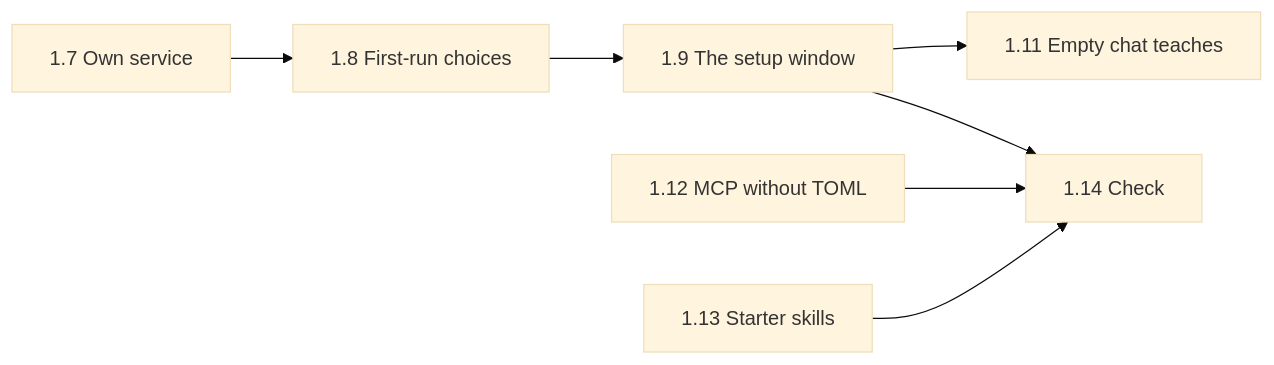
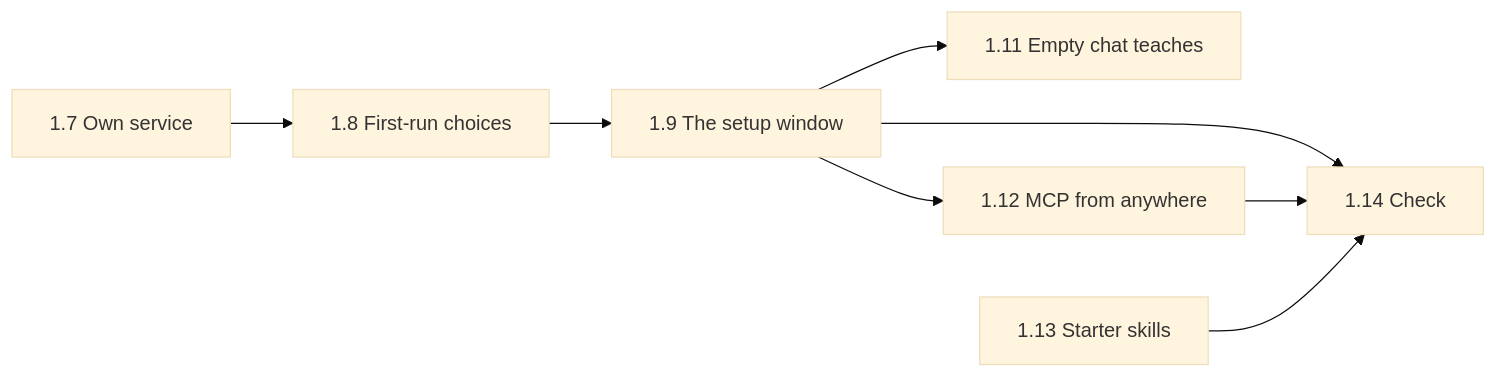
The second of 7 diagrams in docs/plan.md (MilanPavel/golem), drawn with Mermaid (base theme) before and after one commit. The commit also changed other lines of this file, not shown here.

Commit message:
docs: new mcp plan (#492)

````diff
--- a/docs/plan.md
+++ b/docs/plan.md
@@ -120,8 +120,8 @@
 ```mermaid
 flowchart LR
   s7[1.7 Own service] --> s8[1.8 First-run choices]
   s8 --> s9[1.9 The setup window] --> s14[1.14 Check]
   s9 --> s11[1.11 Empty chat teaches]
-  s12[1.12 MCP without TOML] --> s14
+  s9 --> s12[1.12 MCP from anywhere] --> s14
   s13[1.13 Starter skills] --> s14
 ```
````
